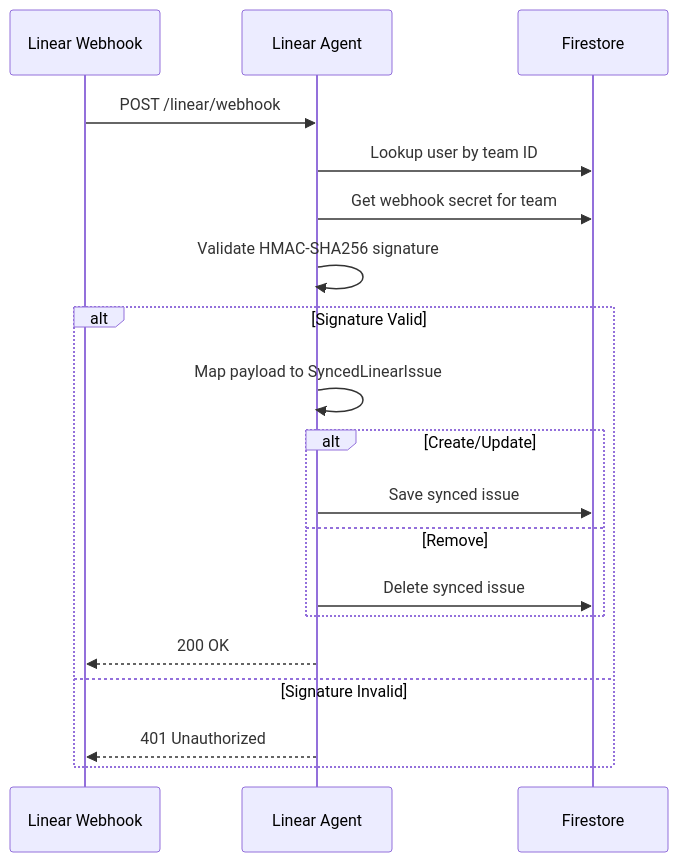
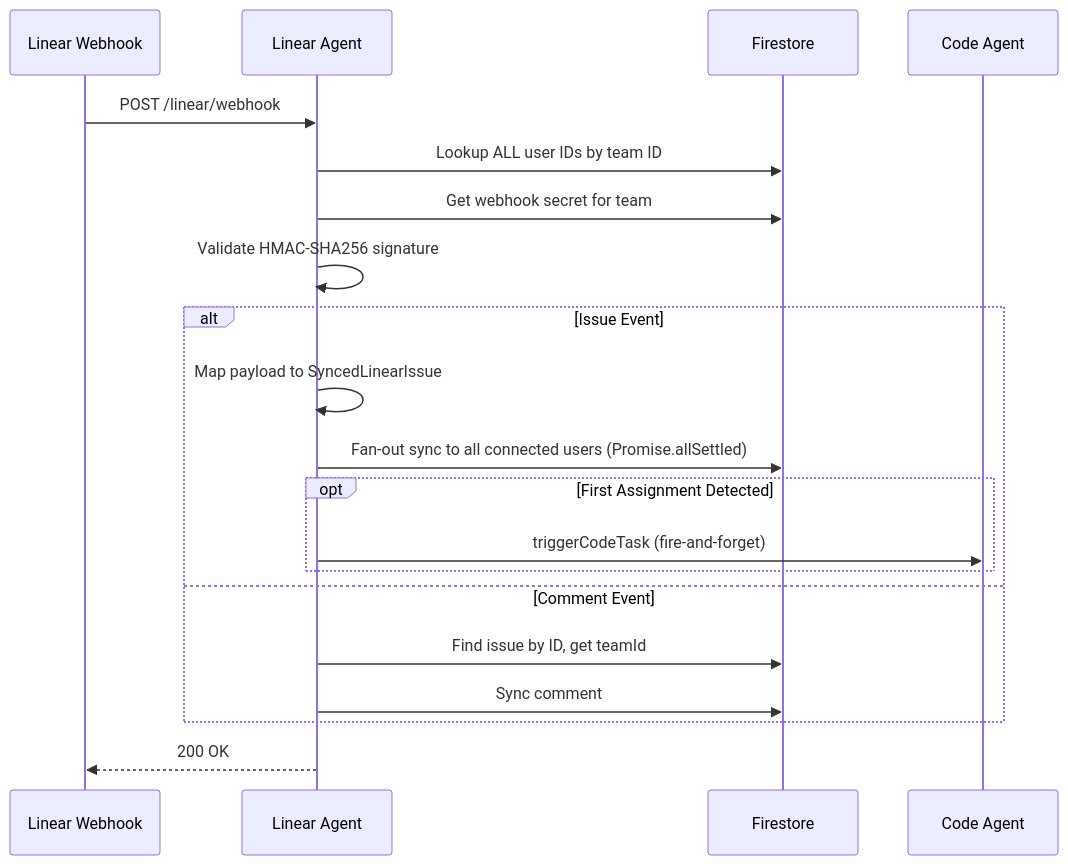
One commit to pbuchman/intexuraos changed the third of 4 diagrams in docs/services/linear-agent/technical.md. Above: the diagram before and after it, drawn with Mermaid. The commit also changed other lines of this file and 134 other files, not shown here.

````diff
--- a/docs/services/linear-agent/technical.md
+++ b/docs/services/linear-agent/technical.md
@@ -143,22 +143,23 @@
 ```mermaid
 sequenceDiagram
     participant Linear as Linear Webhook
     participant LA as Linear Agent
     participant FS as Firestore
+    participant CA as Code Agent
 
     Linear->>LA: POST /linear/webhook
-    LA->>FS: Lookup user by team ID
+    LA->>FS: Lookup ALL user IDs by team ID
     LA->>FS: Get webhook secret for team
     LA->>LA: Validate HMAC-SHA256 signature
-    alt Signature Valid
+    alt Issue Event
         LA->>LA: Map payload to SyncedLinearIssue
-        alt Create/Update
-            LA->>FS: Save synced issue
-        else Remove
-            LA->>FS: Delete synced issue
+        LA->>FS: Fan-out sync to all connected users (Promise.allSettled)
+        opt First Assignment Detected
+            LA->>CA: triggerCodeTask (fire-and-forget)
         end
-        LA-->>Linear: 200 OK
-    else Signature Invalid
-        LA-->>Linear: 401 Unauthorized
+    else Comment Event
+        LA->>FS: Find issue by ID, get teamId
+        LA->>FS: Sync comment
     end
+    LA-->>Linear: 200 OK
 ```
````
